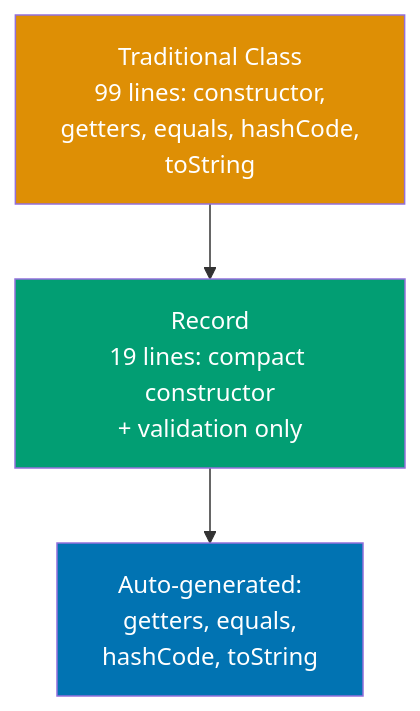
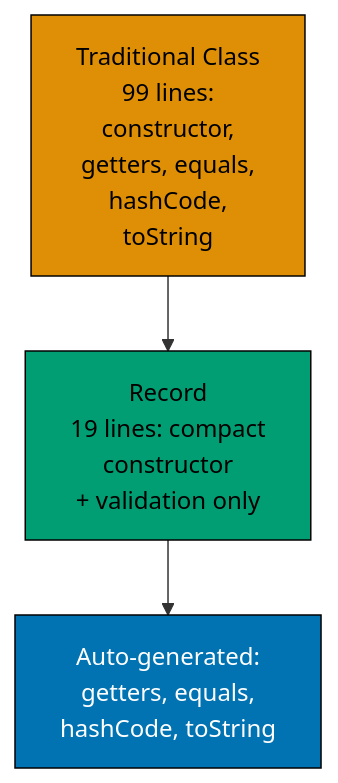
One commit to wahidyankf/ose-public changed the ninth of 11 diagrams in apps/ayokoding-www/content/en/learn/legacy/software-engineering/programming-languages/java/by-example/intermediate.md. Above: the diagram before and after it, drawn with Mermaid. The commit also changed other lines of this file and 112 other files, not shown here.

First line of the commit message:
fix(mermaid): bring the legacy programming-languages diagrams onto the accessible palette

````diff
--- a/apps/ayokoding-www/content/en/learn/legacy/software-engineering/programming-languages/java/by-example/intermediate.md
+++ b/apps/ayokoding-www/content/en/learn/legacy/software-engineering/programming-languages/java/by-example/intermediate.md
@@ -2395,10 +2456,16 @@
 ```mermaid
 graph TD
-    Traditional["Traditional Class<br/>99 lines: constructor,<br/>getters, equals, hashCode,<br/>toString"] --> Record["Record<br/>19 lines: compact constructor<br/>+ validation only"]
+    accTitle: Example 53: Records for Immutable Data
+    accDescr: Graph with 3 nodes and 2 connections. Nodes: Traditional Class 99 lines: constructor, getters, equals, hashCode, toString, Record 19 lines: compact constructor + validation only, Auto-generated: getters, equals, hashCode, toString. Connections: Traditional Class 99 lines: constructor, getters, equals, hashCode, toString to Record 19 lines: compact constructor + validation only, Record 19 lines: compact constructor + validation only to Auto-generated: getters, equals, hashCode, toString.
+    Traditional["Traditional Class<br/>99 lines:<br/>constructor,<br/>getters, equals,<br/>hashCode,<br/>toString"] --> Record["Record<br/>19 lines: compact<br/>constructor<br/>+ validation only"]
 
     Record --> Auto["Auto-generated:<br/>getters, equals,<br/>hashCode, toString"]
 
-    style Traditional fill:#DE8F05,color:#fff
-    style Record fill:#029E73,color:#fff
-    style Auto fill:#0173B2,color:#fff
+    classDef pal-DE8F05 fill:#DE8F05,stroke:#000000,color:#000000
+    class Traditional pal-DE8F05
+    classDef pal-029E73 fill:#029E73,stroke:#000000,color:#000000
+    class Record pal-029E73
+    classDef pal-0173B2 fill:#0173B2,stroke:#000000,color:#FFFFFF
+    class Auto pal-0173B2
+    classDef default fill:#FFFFFF,stroke:#000000,color:#000000
 ```
````
